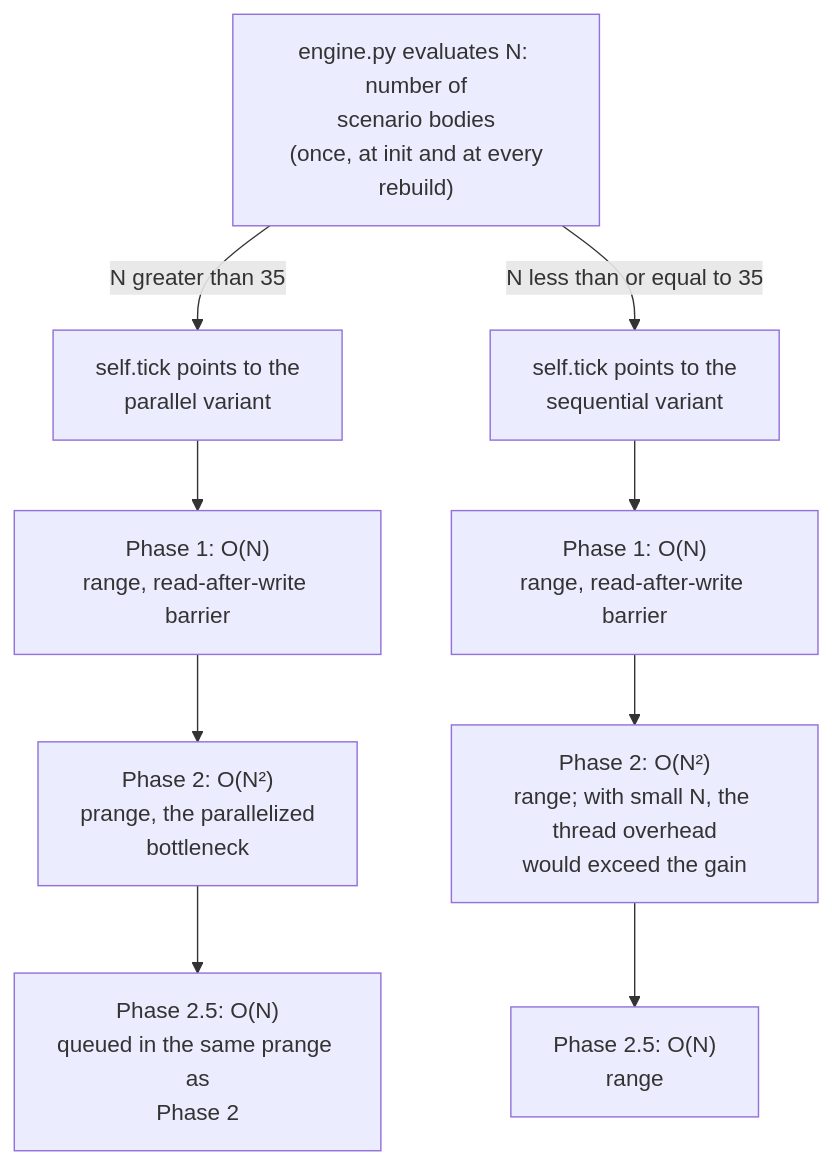
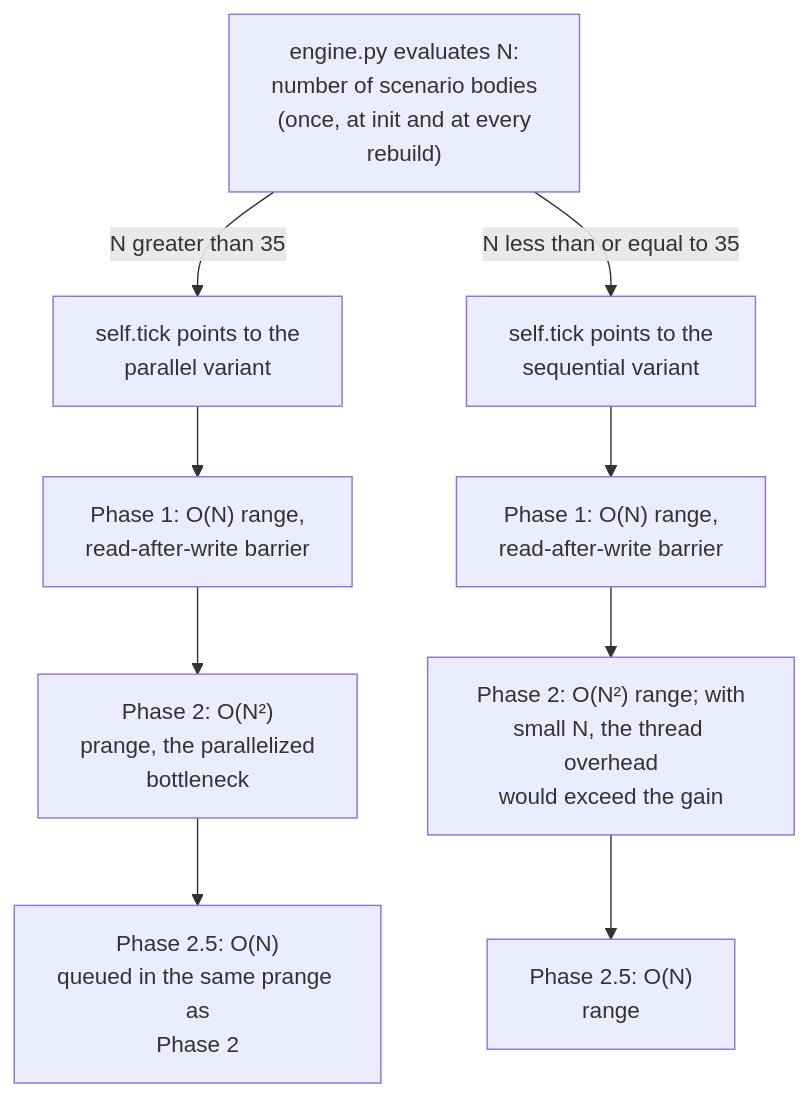
Before and after one commit to alessandro-pioli/AstroCausal_Engine: the first of 11 diagrams in ARCHITECTURE_DEEP_DIVE.md, drawn with Mermaid. The commit also changed other lines of this file and 2 other files, not shown here.

Commit message:
docs: leggibilita dei diagrammi e igiene del gitignore

````diff
--- a/ARCHITECTURE_DEEP_DIVE.md
+++ b/ARCHITECTURE_DEEP_DIVE.md
@@ -98,10 +98,10 @@
 ```mermaid
 flowchart TD
-    N["engine.py evaluates N: number of<br/>scenario bodies<br/>(once, at init and at every<br/>rebuild)"]
+    N["engine.py evaluates N:<br/>number of scenario bodies<br/>(once, at init and at every<br/>rebuild)"]
     N -->|"N greater than 35"| T1["self.tick points to the <br/>parallel variant"]
     N -->|"N less than or equal to 35"| T2["self.tick points to the <br/>sequential variant"]
 
-    T1 --> P1["Phase 1: O(N)<br/>range, read-after-write barrier"] --> P2["Phase 2: O(N²)<br/>prange, the parallelized<br/>bottleneck"] --> P3["Phase 2.5: O(N)<br/>queued in the same prange as<br/>Phase 2"]
+    T1 --> P1["Phase 1: O(N) range,<br/>read-after-write barrier"] --> P2["Phase 2: O(N²)<br/>prange, the parallelized<br/>bottleneck"] --> P3["Phase 2.5: O(N)<br/>queued in the same prange as<br/>Phase 2"]
 
-    T2 --> S1["Phase 1: O(N)<br/>range, read-after-write barrier"] --> S2["Phase 2: O(N²)<br/>range; with small N, the thread overhead<br/>would exceed the gain"] --> S3["Phase 2.5: O(N)<br/>range"]
+    T2 --> S1["Phase 1: O(N) range,<br/>read-after-write barrier"] --> S2["Phase 2: O(N²) range; with<br/>small N, the thread overhead<br/>would exceed the gain"] --> S3["Phase 2.5: O(N)<br/>range"]
 ```
````
